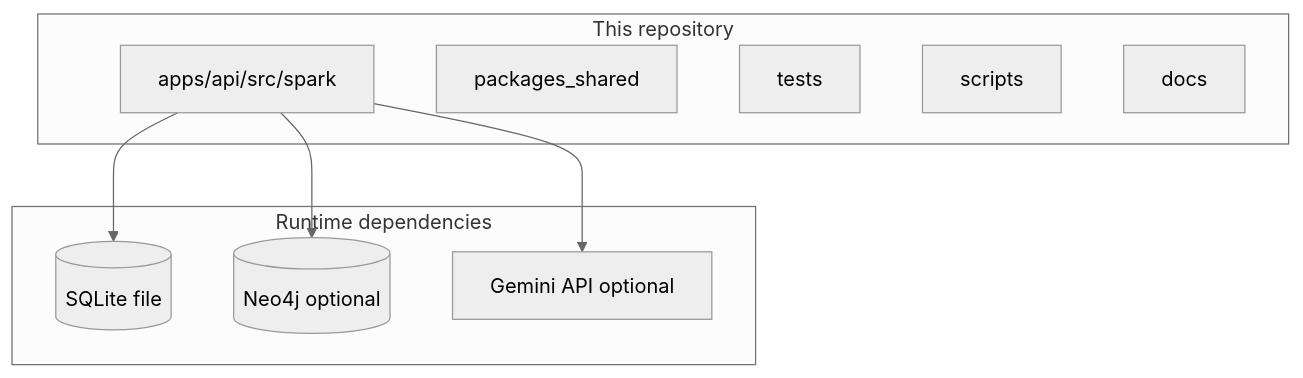
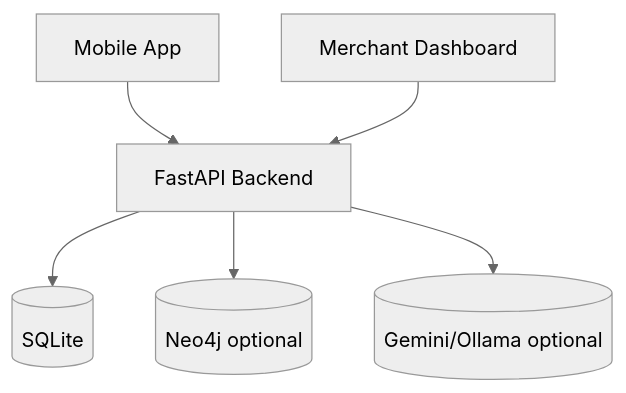
Before and after one commit to larsboes/Generative-City-Wallet: the first of 2 diagrams in docs/ARCHITECTURE.md, drawn with Mermaid (neutral theme). The commit also changed other lines of this file and 31 other files, not shown here.

````diff
--- a/docs/ARCHITECTURE.md
+++ b/docs/ARCHITECTURE.md
@@ -25,20 +12,8 @@
 ```mermaid
 flowchart TB
-  subgraph Repo["This repository"]
-    BE[apps/api/src/spark]
-    SH[packages_shared]
-    T[tests]
-    SC[scripts]
-    DC[docs]
-  end
-
-  subgraph Runtime["Runtime dependencies"]
-    SQL[(SQLite file)]
-    N4J[(Neo4j optional)]
-    GEM[Gemini API optional]
-  end
-
-  BE --> SQL
-  BE --> N4J
-  BE --> GEM
+  mobile[Mobile App] --> api[FastAPI Backend]
+  dashboard[Merchant Dashboard] --> api
+  api --> sqlite[(SQLite)]
+  api --> neo4j[(Neo4j optional)]
+  api --> llm[(Gemini/Ollama optional)]
 ```
````
